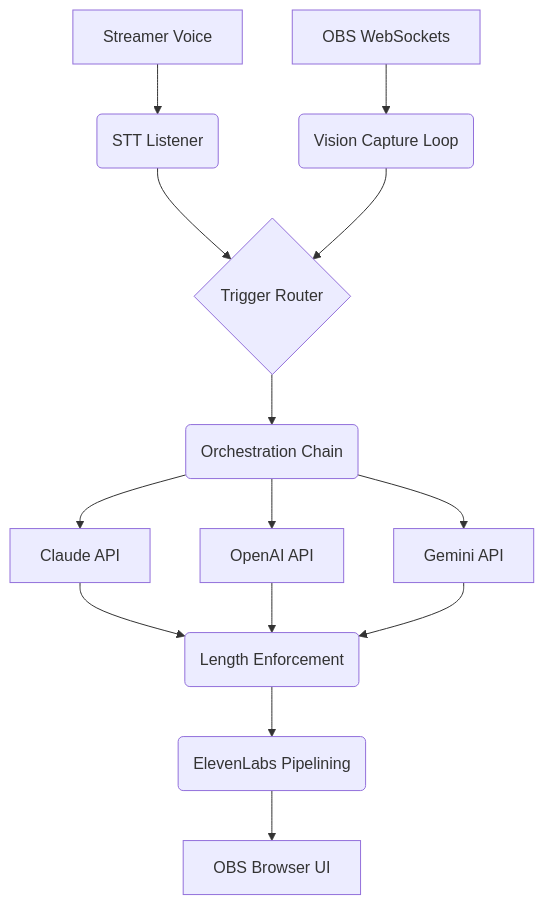
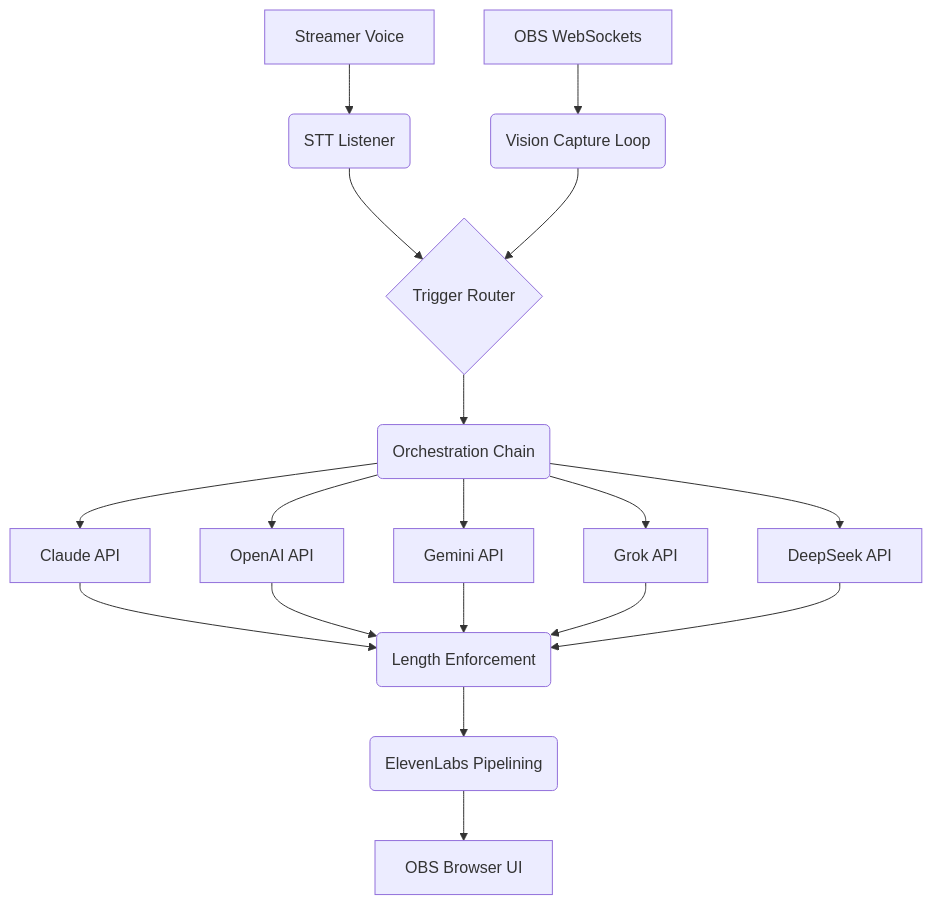
The diagram in README.md (Moonie8t7/The_Party), drawn with Mermaid before and after one commit.

Commit message:
Include Grok and DeepSeek in flowchart

````diff
--- a/README.md
+++ b/README.md
@@ -39,20 +39,24 @@
 ```mermaid
 graph TD
     Streamer[Streamer Voice] --> STT(STT Listener)
     OBS[OBS WebSockets] --> Vision(Vision Capture Loop)
     STT --> Router{Trigger Router}
     Vision --> Router
     
     Router --> Chain(Orchestration Chain)
     
     Chain --> Claude[Claude API]
     Chain --> GPT[OpenAI API]
     Chain --> Gemini[Gemini API]
+    Chain --> Grok[Grok API]
+    Chain --> DeepSeek[DeepSeek API]
     
     Claude --> Repair(Length Enforcement)
     GPT --> Repair
     Gemini --> Repair
+    Grok --> Repair
+    DeepSeek --> Repair
     
     Repair --> TTS(ElevenLabs Pipelining)
     TTS --> OBSOut[OBS Browser UI]
 ```
````
